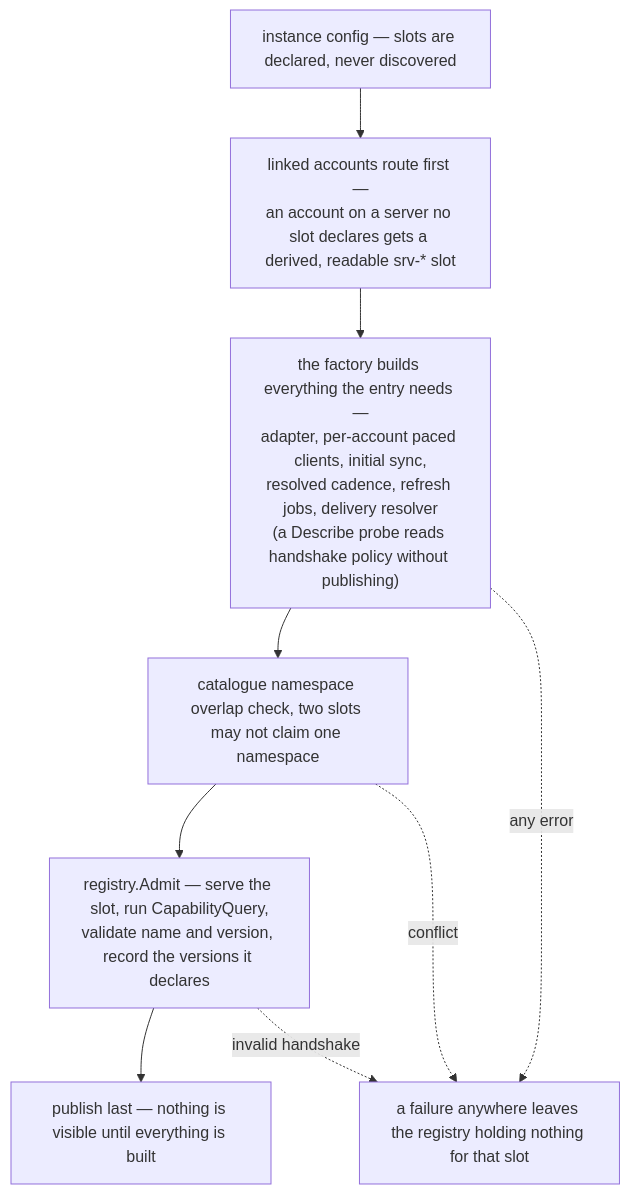
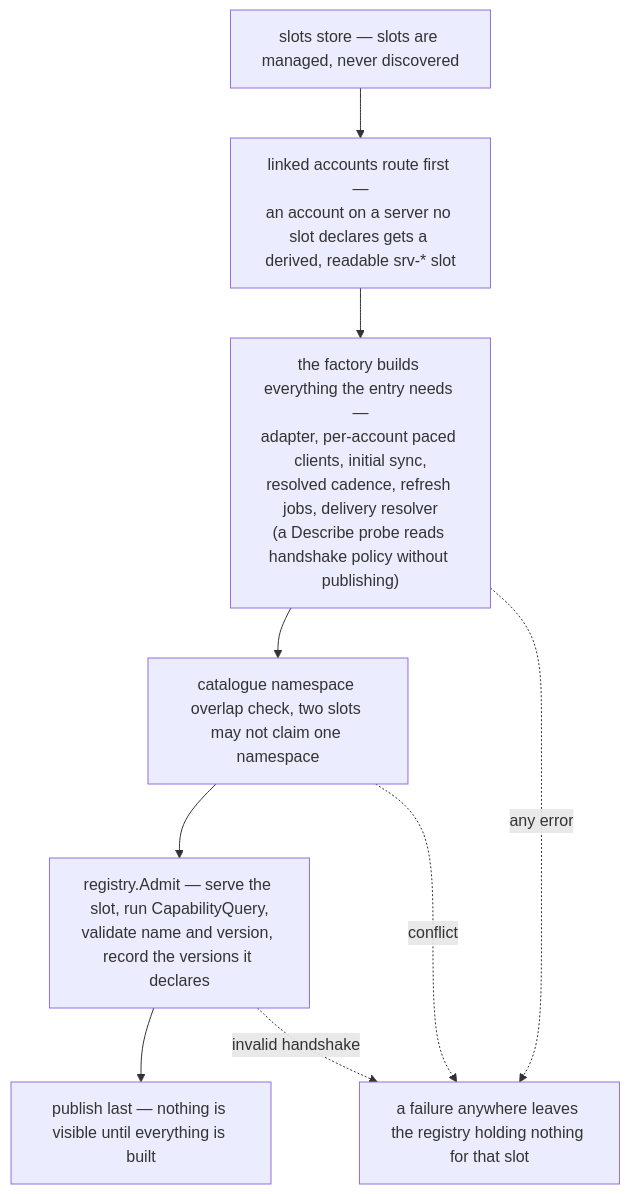
The eighth of 10 diagrams in docs/DIAGRAM.md (Nem-git/ABCMovies), drawn with Mermaid before and after one commit. The commit also changed 3 other files, not shown here.

````diff
--- a/docs/DIAGRAM.md
+++ b/docs/DIAGRAM.md
@@ -401,15 +401,15 @@
 ```mermaid
 flowchart TB
-    cfg["instance config — slots are declared, never discovered"]
+    cfg["slots store — slots are managed, never discovered"]
     route["linked accounts route first —<br/>an account on a server no slot declares gets a derived, readable srv-* slot"]
     buildall["the factory builds everything the entry needs —<br/>adapter, per-account paced clients, initial sync,<br/>resolved cadence, refresh jobs, delivery resolver<br/>(a Describe probe reads handshake policy without publishing)"]
     overlap["catalogue namespace overlap check, two slots may not claim one namespace"]
     admit["registry.Admit — serve the slot, run CapabilityQuery,<br/>validate name and version, record the versions it declares"]
     pub["publish last — nothing is visible until everything is built"]
     fail["a failure anywhere leaves the registry holding nothing for that slot"]
 
     cfg --> route --> buildall --> overlap --> admit --> pub
     buildall -.->|"any error"| fail
     overlap -.->|"conflict"| fail
     admit -.->|"invalid handshake"| fail
 ```
````
